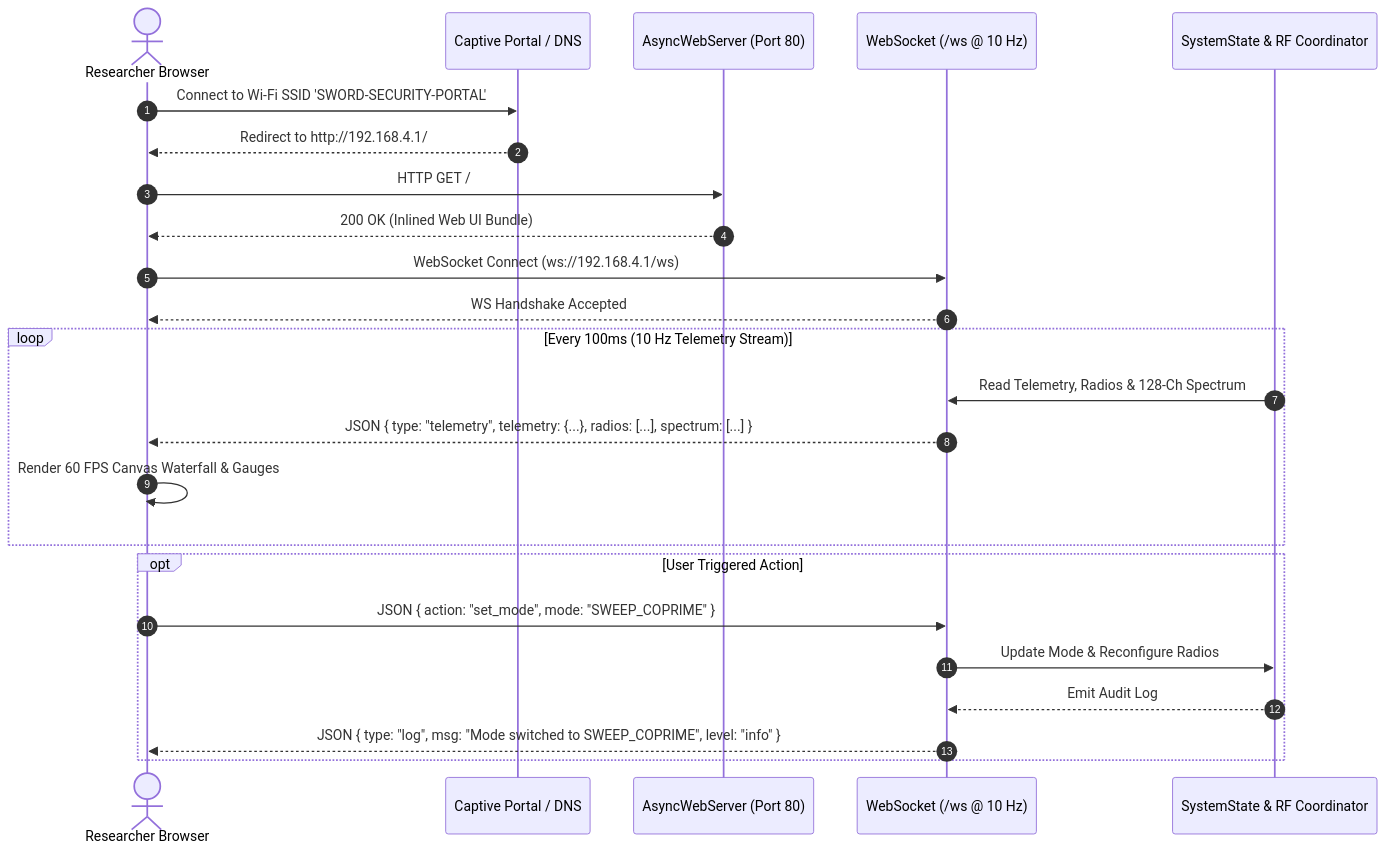
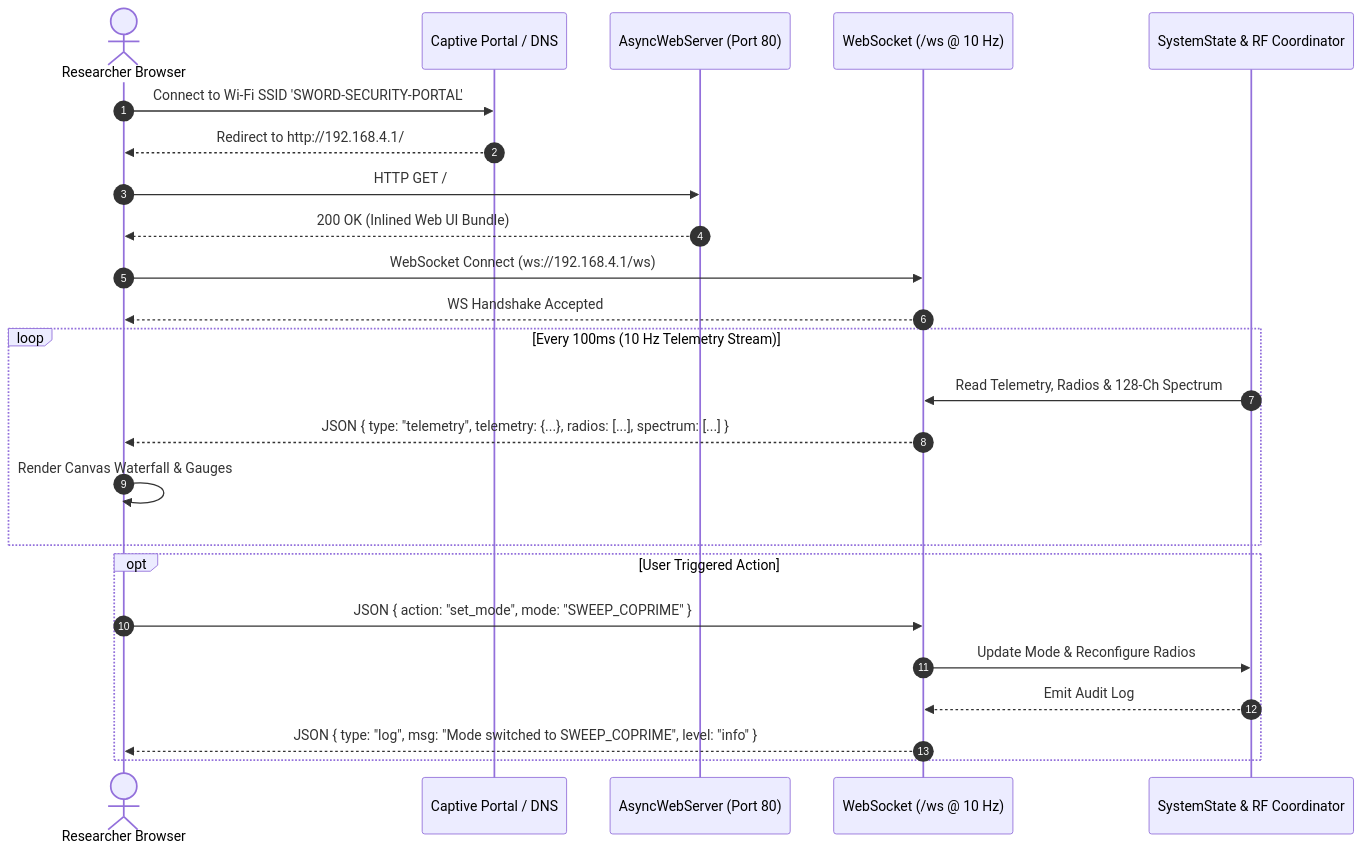
The second of 2 diagrams in docs/WEB_INTERFACE.md (AtaCanYmc/esp32-rf-sword), drawn with Mermaid before and after one commit. The commit also changed other lines of this file and 12 other files, not shown here.

````diff
--- a/docs/WEB_INTERFACE.md
+++ b/docs/WEB_INTERFACE.md
@@ -66,29 +70,29 @@
 ```mermaid
 sequenceDiagram
     autonumber
     actor User as Researcher Browser
     participant Captive as Captive Portal / DNS
     participant WebSrv as AsyncWebServer (Port 80)
     participant WS as WebSocket (/ws @ 10 Hz)
     participant Core as SystemState & RF Coordinator
 
     User->>Captive: Connect to Wi-Fi SSID 'SWORD-SECURITY-PORTAL'
     Captive-->>User: Redirect to http://192.168.4.1/
     User->>WebSrv: HTTP GET /
     WebSrv-->>User: 200 OK (Inlined Web UI Bundle)
     User->>WS: WebSocket Connect (ws://192.168.4.1/ws)
     WS-->>User: WS Handshake Accepted
 
     loop Every 100ms (10 Hz Telemetry Stream)
         Core->>WS: Read Telemetry, Radios & 128-Ch Spectrum
         WS-->>User: JSON { type: "telemetry", telemetry: {...}, radios: [...], spectrum: [...] }
-        User->>User: Render 60 FPS Canvas Waterfall & Gauges
+        User->>User: Render Canvas Waterfall & Gauges
     end
 
     opt User Triggered Action
         User->>WS: JSON { action: "set_mode", mode: "SWEEP_COPRIME" }
         WS->>Core: Update Mode & Reconfigure Radios
         Core-->>WS: Emit Audit Log
         WS-->>User: JSON { type: "log", msg: "Mode switched to SWEEP_COPRIME", level: "info" }
     end
 ```
````
